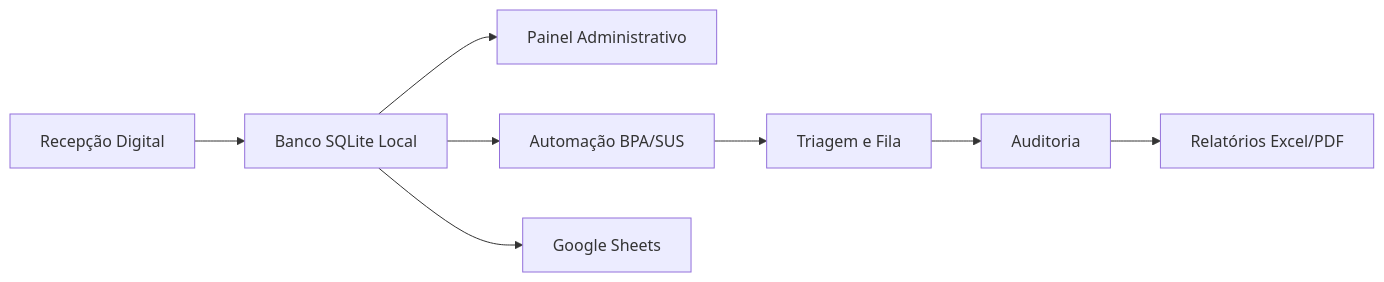
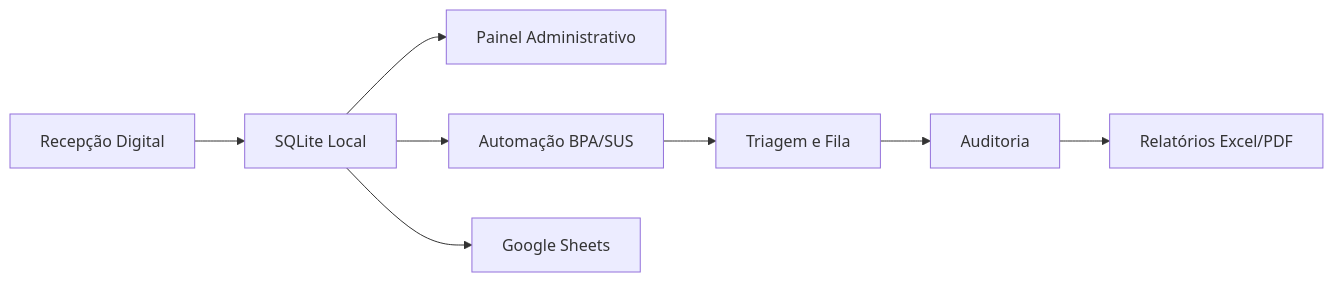
Before and after one commit to fabiogomes95/HMPCF-Automation-System: the diagram in README.md, drawn with Mermaid. The commit also changed other lines of this file, not shown here.

````diff
--- a/README.md
+++ b/README.md
@@ -117,20 +51,10 @@
 ```mermaid
 flowchart LR
-
-A[Recepção Digital]
-B[Banco SQLite Local]
-C[Painel Administrativo]
-D[Automação BPA/SUS]
-E[Triagem e Fila]
-F[Auditoria]
-G[Relatórios Excel/PDF]
-H[Google Sheets]
-
-A --> B
-B --> C
-B --> D
-D --> E
-E --> F
-F --> G
-B --> H
+A[Recepção Digital] --> B[SQLite Local]
+B --> C[Painel Administrativo]
+B --> D[Automação BPA/SUS]
+D --> E[Triagem e Fila]
+E --> F[Auditoria]
+F --> G[Relatórios Excel/PDF]
+B --> H[Google Sheets]
 ```
````
